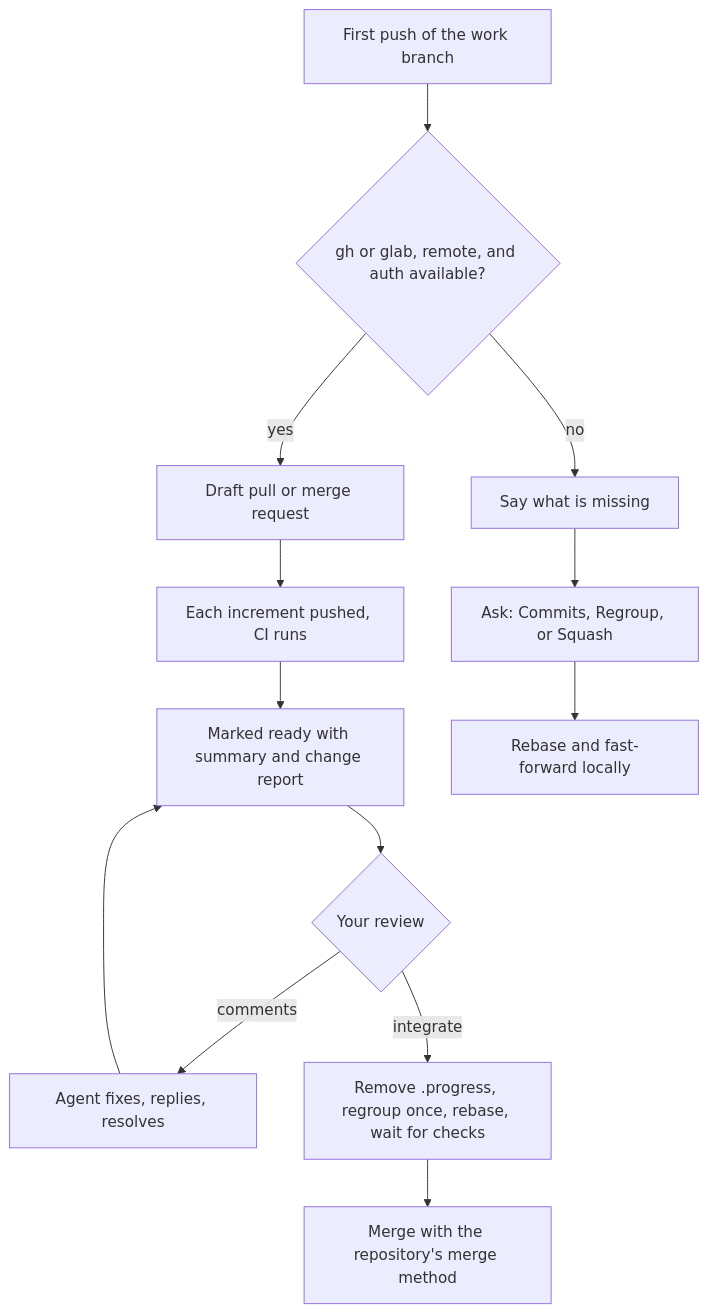
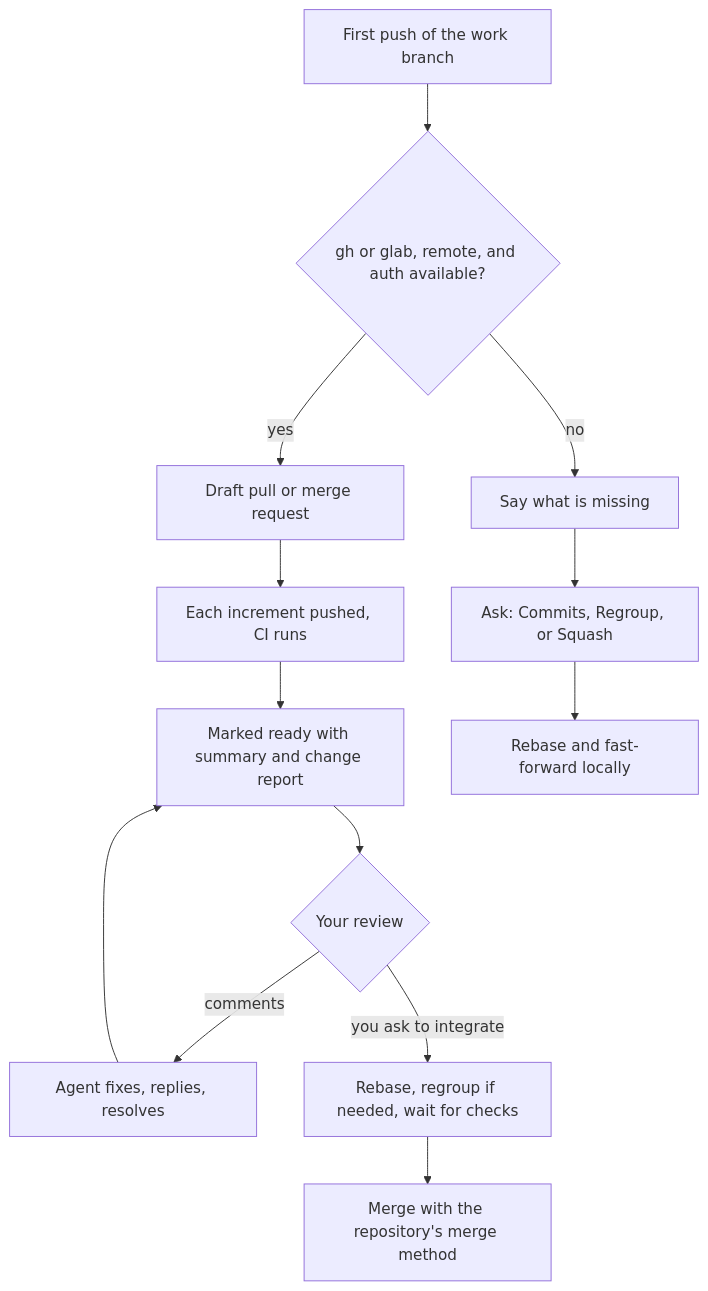
One commit to an-dr/agents changed the diagram in skills/actions/an-dr-dev-integrate/README.md. Above: the diagram before and after it, drawn with Mermaid. The commit also changed other lines of this file and 25 other files, not shown here.

First line of the commit message:
feat(workflow)!: end flows at handover, integrate only on request

````diff
--- a/skills/actions/an-dr-dev-integrate/README.md
+++ b/skills/actions/an-dr-dev-integrate/README.md
@@ -13,15 +13,15 @@
 ```mermaid
 flowchart TD
   P[First push of the work branch] --> D{gh or glab, remote, and auth available?}
   D -- yes --> R[Draft pull or merge request]
   R --> I[Each increment pushed, CI runs]
   I --> F[Marked ready with summary and change report]
   F --> C{Your review}
   C -- comments --> X[Agent fixes, replies, resolves]
   X --> F
-  C -- integrate --> M[Remove .progress, regroup once, rebase, wait for checks]
+  C -- you ask to integrate --> M[Rebase, regroup if needed, wait for checks]
   M --> G[Merge with the repository's merge method]
   D -- no --> L[Say what is missing]
   L --> Q[Ask: Commits, Regroup, or Squash]
   Q --> LL[Rebase and fast-forward locally]
 ```
````
